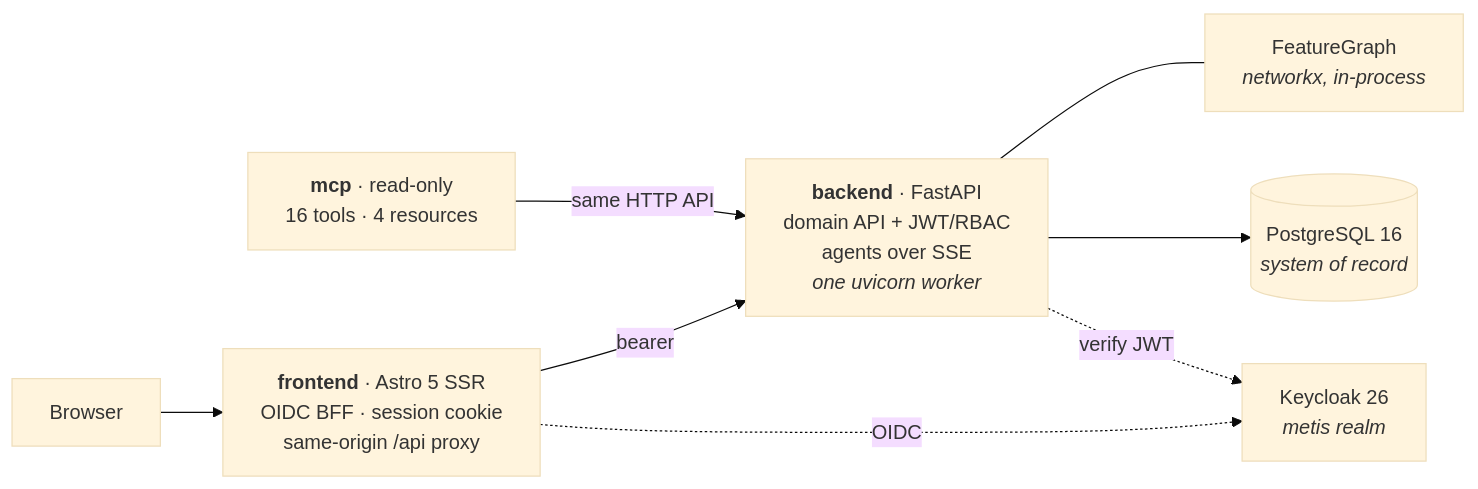
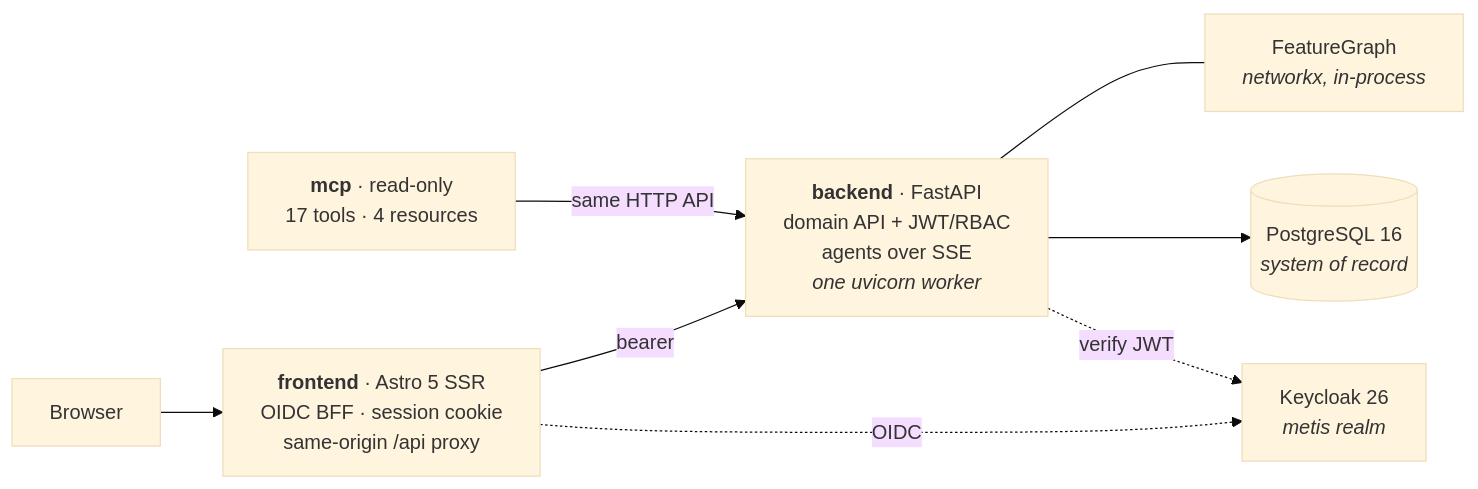
Before and after one commit to jechocarlos404/metis: the fourth of 4 diagrams in README.md, drawn with Mermaid (base theme). The commit also changed other lines of this file, not shown here.

Commit message:
docs: list the recheck route and 17 MCP tools in the README

````diff
--- a/README.md
+++ b/README.md
@@ -253,10 +254,10 @@
 ```mermaid
 flowchart LR
   U["Browser"] --> FE["<b>frontend</b> · Astro 5 SSR<br/>OIDC BFF · session cookie<br/>same-origin /api proxy"]
   FE -->|bearer| API["<b>backend</b> · FastAPI<br/>domain API + JWT/RBAC<br/>agents over SSE<br/><i>one uvicorn worker</i>"]
-  MCPS["<b>mcp</b> · read-only<br/>16 tools · 4 resources"] -->|"same HTTP API"| API
+  MCPS["<b>mcp</b> · read-only<br/>17 tools · 4 resources"] -->|"same HTTP API"| API
   API --- GR["FeatureGraph<br/><i>networkx, in-process</i>"]
   API --> DB[("PostgreSQL 16<br/><i>system of record</i>")]
   FE -.->|OIDC| KC["Keycloak 26<br/><i>metis realm</i>"]
   API -.->|verify JWT| KC
 ```
````
